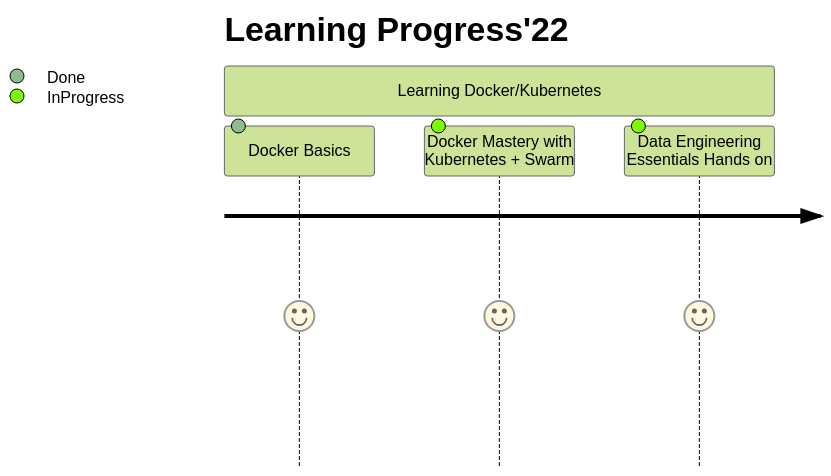
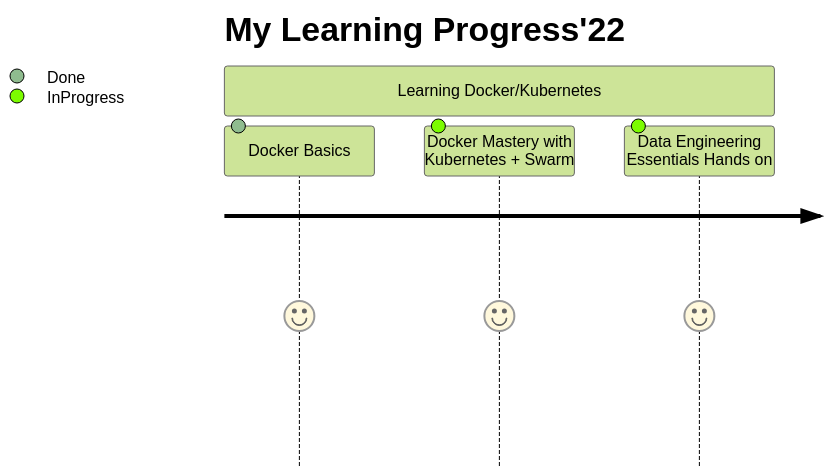
Before and after one commit to valaks-tech/valaks-tech: the diagram in README.md, drawn with Mermaid (forest theme).

````diff
--- a/README.md
+++ b/README.md
@@ -29,8 +29,8 @@
 ```mermaid
 journey
-    title Learning Progress'22
+    title My Learning Progress'22
     section Learning Docker/Kubernetes
       Docker Basics: 5: Done
       Docker Mastery with Kubernetes + Swarm: 5: InProgress
       Data Engineering Essentials Hands on: 5: InProgress
  ```
````
